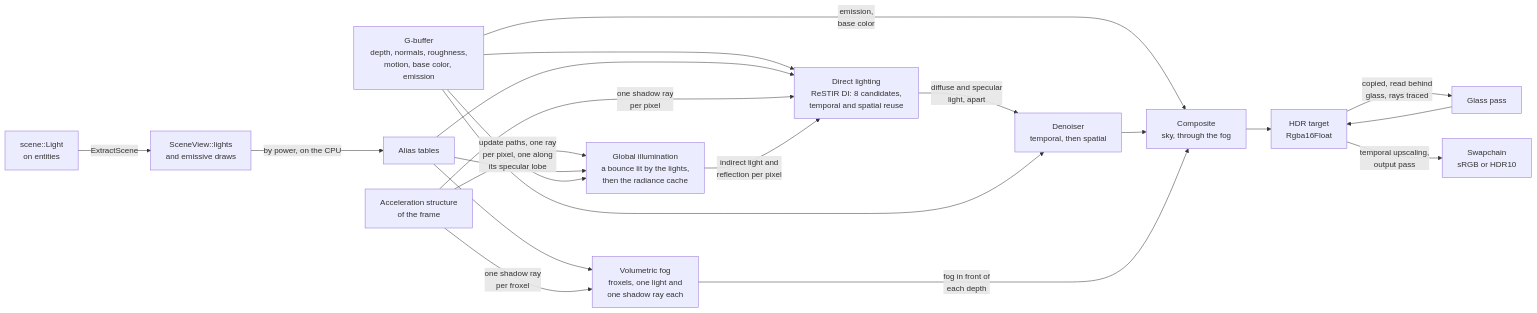
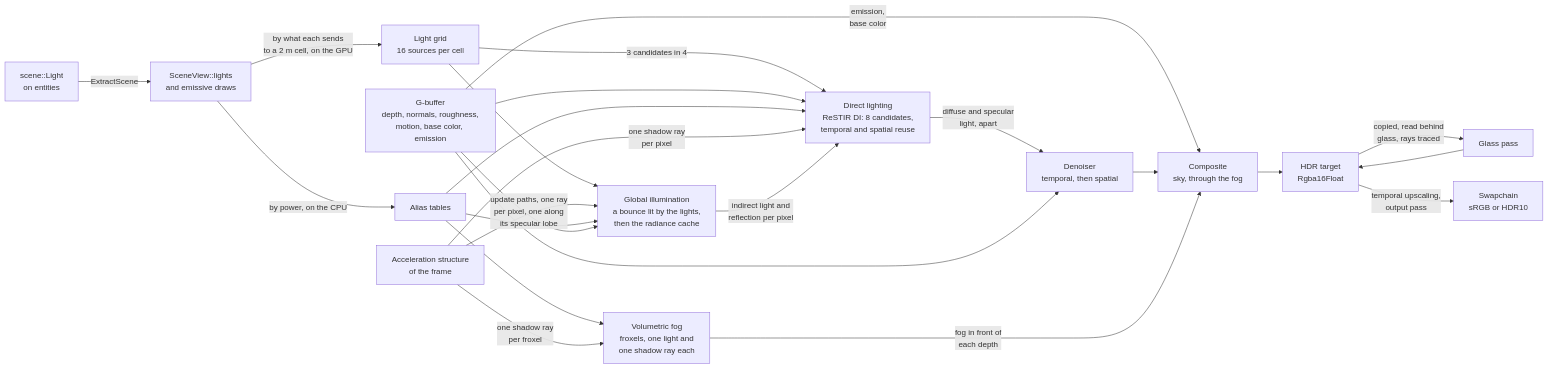
One commit to SBXdev3D/daidalos-engine-next changed the ninth of 14 diagrams in docs/ARCHITECTURE.md. Above: the diagram before and after it, drawn with Mermaid. The commit also changed other lines of this file and 23 other files, not shown here.

First line of the commit message:
Factory relight and the light grid for ReSTIR candidates (ADR-0124) (#130)

````diff
--- a/docs/ARCHITECTURE.md
+++ b/docs/ARCHITECTURE.md
@@ -200,23 +200,26 @@
 ```mermaid
 flowchart LR
     E["scene::Light<br/>on entities"] -->|"ExtractScene"| L["SceneView::lights<br/>and emissive draws"]
     L -->|"by power, on the CPU"| AT["Alias tables"]
+    L -->|"by what each sends<br/>to a 2 m cell, on the GPU"| LG["Light grid<br/>16 sources per cell"]
+    LG -->|"3 candidates in 4"| M
+    LG --> GI
     P["G-buffer<br/>depth, normals, roughness,<br/>motion, base color, emission"] --> M
     AT --> M["Direct lighting<br/>ReSTIR DI: 8 candidates,<br/>temporal and spatial reuse"]
     AS["Acceleration structure<br/>of the frame"] -->|"one shadow ray<br/>per pixel"| M
     AS -->|"update paths, one ray<br/>per pixel, one along<br/>its specular lobe"| GI["Global illumination<br/>a bounce lit by the lights,<br/>then the radiance cache"]
     AT --> GI
     P --> GI
     GI -->|"indirect light and<br/>reflection per pixel"| M
     M -->|"diffuse and specular<br/>light, apart"| DN["Denoiser<br/>temporal, then spatial"]
     P --> DN
     P -->|"emission,<br/>base color"| CO["Composite<br/>sky, through the fog"]
     DN --> CO
     AT --> FO["Volumetric fog<br/>froxels, one light and<br/>one shadow ray each"]
     AS -->|"one shadow ray<br/>per froxel"| FO
     FO -->|"fog in front of<br/>each depth"| CO
     CO --> H["HDR target<br/>Rgba16Float"]
     H -->|"copied, read behind<br/>glass, rays traced"| GL["Glass pass"]
     GL --> H
     H -->|"temporal upscaling,<br/>output pass"| S["Swapchain<br/>sRGB or HDR10"]
 ```
````
